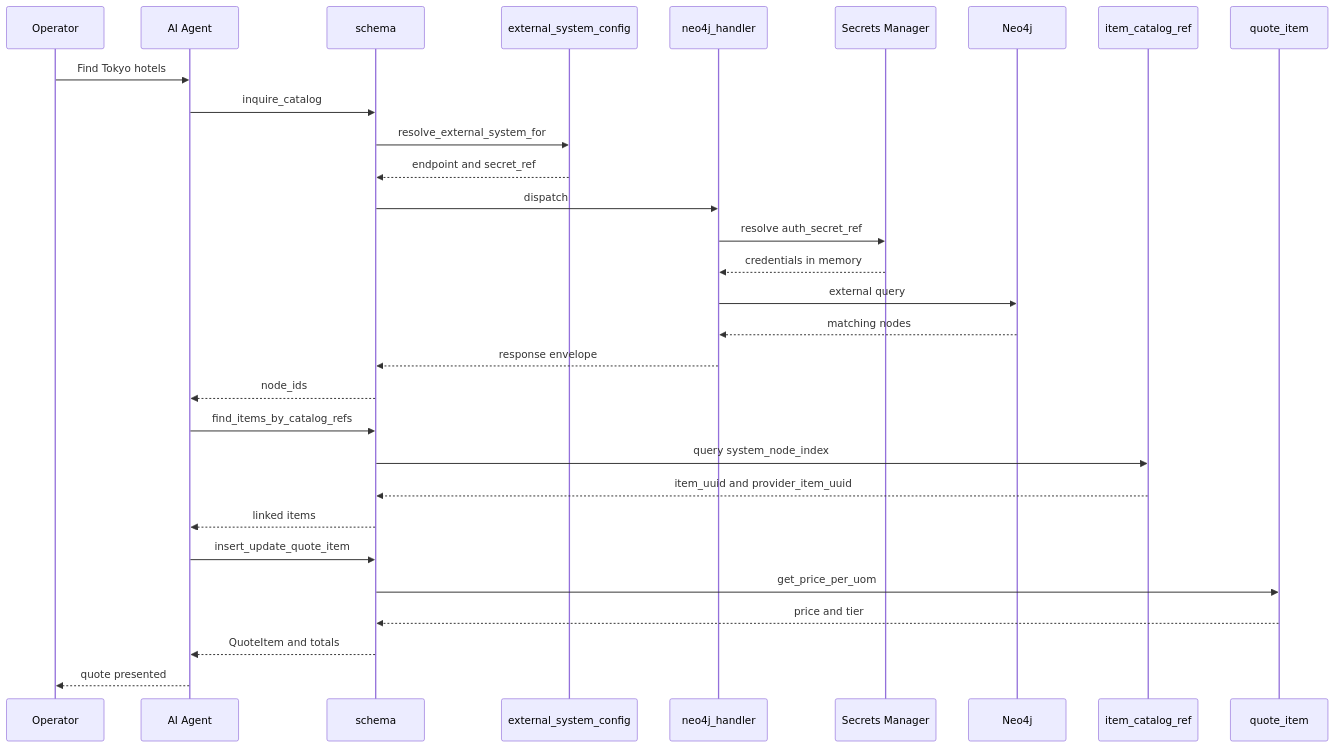
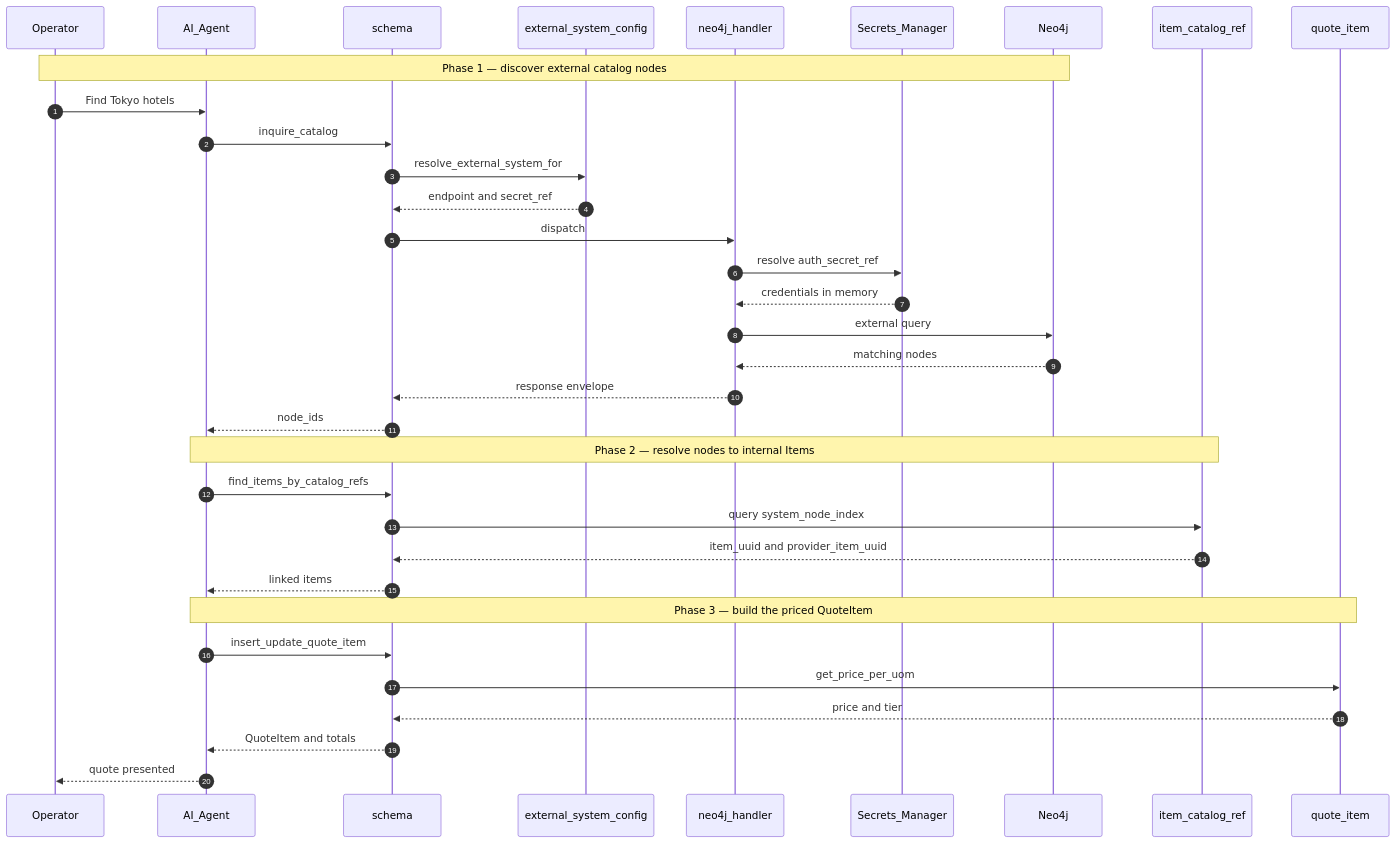
Before and after one commit to ideabosque/ai_rfq_engine: the diagram in docs/HOSPITALITY_BUSINESS_GAP_PLAN.md, drawn with Mermaid. The commit also changed other lines of this file, not shown here.

````diff
--- a/docs/HOSPITALITY_BUSINESS_GAP_PLAN.md
+++ b/docs/HOSPITALITY_BUSINESS_GAP_PLAN.md
@@ -690,35 +690,39 @@
 ```mermaid
 sequenceDiagram
-    participant Op as Operator
-    participant Ag as AI Agent
-    participant En as schema
-    participant Cfg as external_system_config
-    participant Hd as neo4j_handler
-    participant Sec as Secrets Manager
-    participant Ne as Neo4j
-    participant Ref as item_catalog_ref
-    participant Pr as quote_item
+    autonumber
+    participant Operator
+    participant AI_Agent
+    participant schema
+    participant external_system_config
+    participant neo4j_handler
+    participant Secrets_Manager
+    participant Neo4j
+    participant item_catalog_ref
+    participant quote_item
 
-    Op->>Ag: Find Tokyo hotels
-    Ag->>En: inquire_catalog
-    En->>Cfg: resolve_external_system_for
-    Cfg-->>En: endpoint and secret_ref
-    En->>Hd: dispatch
-    Hd->>Sec: resolve auth_secret_ref
-    Sec-->>Hd: credentials in memory
-    Hd->>Ne: external query
-    Ne-->>Hd: matching nodes
-    Hd-->>En: response envelope
-    En-->>Ag: node_ids
+    Note over Operator,Neo4j: Phase 1 — discover external catalog nodes
+    Operator->>AI_Agent: Find Tokyo hotels
+    AI_Agent->>schema: inquire_catalog
+    schema->>external_system_config: resolve_external_system_for
+    external_system_config-->>schema: endpoint and secret_ref
+    schema->>neo4j_handler: dispatch
+    neo4j_handler->>Secrets_Manager: resolve auth_secret_ref
+    Secrets_Manager-->>neo4j_handler: credentials in memory
+    neo4j_handler->>Neo4j: external query
+    Neo4j-->>neo4j_handler: matching nodes
+    neo4j_handler-->>schema: response envelope
+    schema-->>AI_Agent: node_ids
 
-    Ag->>En: find_items_by_catalog_refs
-    En->>Ref: query system_node_index
-    Ref-->>En: item_uuid and provider_item_uuid
-    En-->>Ag: linked items
+    Note over AI_Agent,item_catalog_ref: Phase 2 — resolve nodes to internal Items
+    AI_Agent->>schema: find_items_by_catalog_refs
+    schema->>item_catalog_ref: query system_node_index
+    item_catalog_ref-->>schema: item_uuid and provider_item_uuid
+    schema-->>AI_Agent: linked items
 
-    Ag->>En: insert_update_quote_item
-    En->>Pr: get_price_per_uom
-    Pr-->>En: price and tier
-    En-->>Ag: QuoteItem and totals
-    Ag-->>Op: quote presented
+    Note over AI_Agent,quote_item: Phase 3 — build the priced QuoteItem
+    AI_Agent->>schema: insert_update_quote_item
+    schema->>quote_item: get_price_per_uom
+    quote_item-->>schema: price and tier
+    schema-->>AI_Agent: QuoteItem and totals
+    AI_Agent-->>Operator: quote presented
 ```
````
